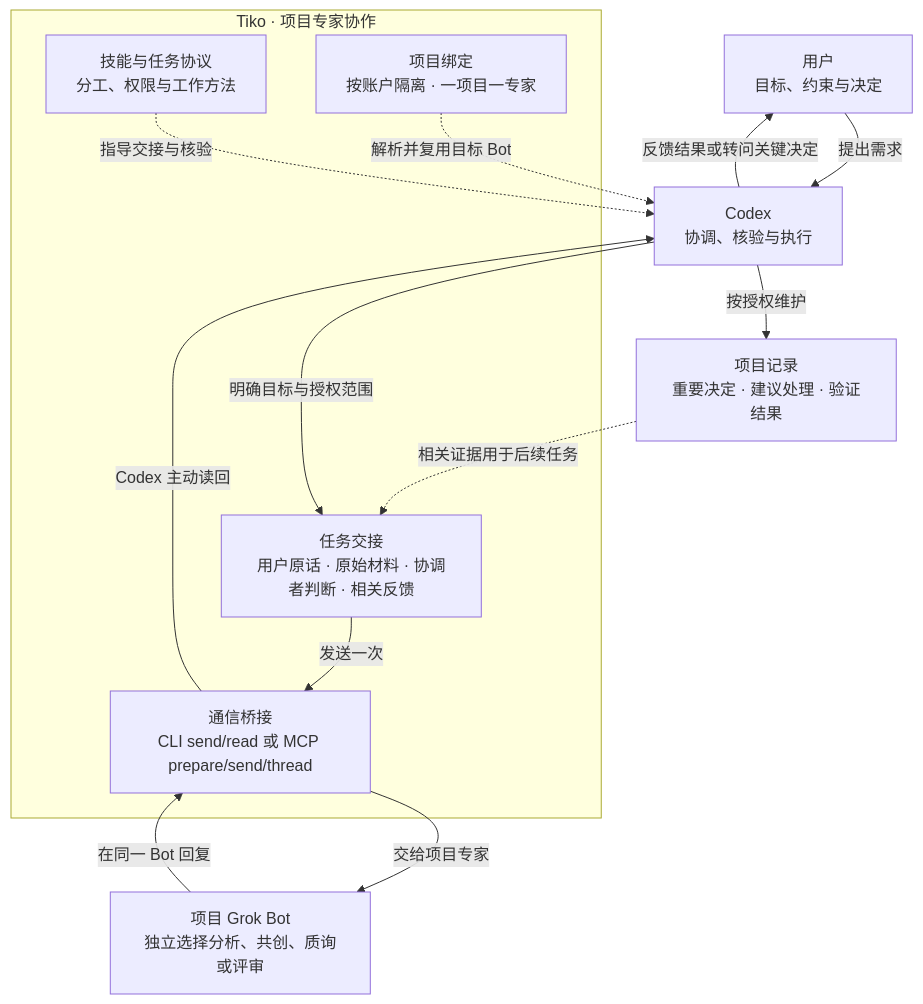
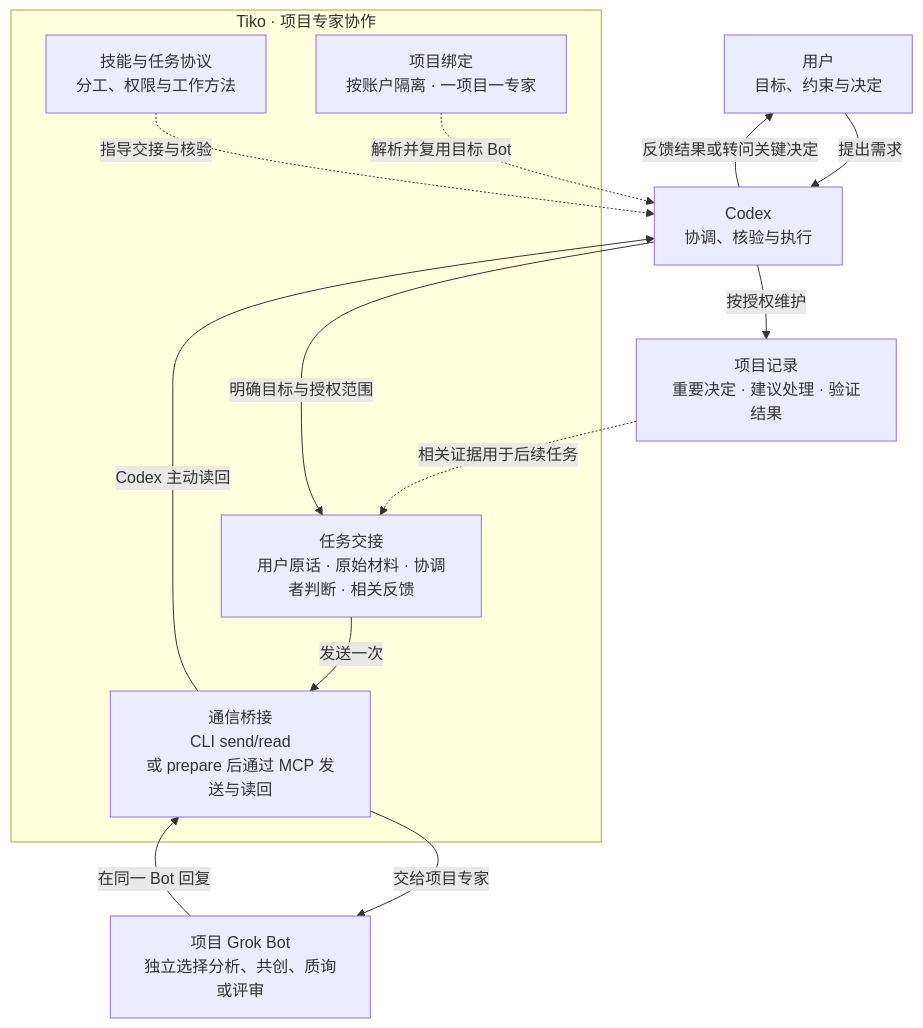
Before and after one commit to kaitoflow/tiko: the diagram in README.md, drawn with Mermaid.

Commit message:
docs: clarify prepare and MCP handoff boundary

````diff
--- a/README.md
+++ b/README.md
@@ -7,27 +7,27 @@
 ```mermaid
 flowchart TB
     U["用户<br/>目标、约束与决定"]
     C["Codex<br/>协调、核验与执行"]
 
     subgraph T["Tiko · 项目专家协作"]
         S["技能与任务协议<br/>分工、权限与工作方法"]
         P["任务交接<br/>用户原话 · 原始材料 · 协调者判断 · 相关反馈"]
         B["项目绑定<br/>按账户隔离 · 一项目一专家"]
-        X["通信桥接<br/>CLI send/read 或 MCP prepare/send/thread"]
+        X["通信桥接<br/>CLI send/read<br/>或 prepare 后通过 MCP 发送与读回"]
     end
 
     G["项目 Grok Bot<br/>独立选择分析、共创、质询或评审"]
     D["项目记录<br/>重要决定 · 建议处理 · 验证结果"]
 
     U -->|提出需求| C
     C -->|反馈结果或转问关键决定| U
     S -.->|指导交接与核验| C
     C -->|明确目标与授权范围| P
     B -.->|解析并复用目标 Bot| C
     P -->|发送一次| X
     X -->|交给项目专家| G
     G -->|在同一 Bot 回复| X
     X -->|Codex 主动读回| C
     C -->|按授权维护| D
     D -.->|相关证据用于后续任务| P
 ```
````
